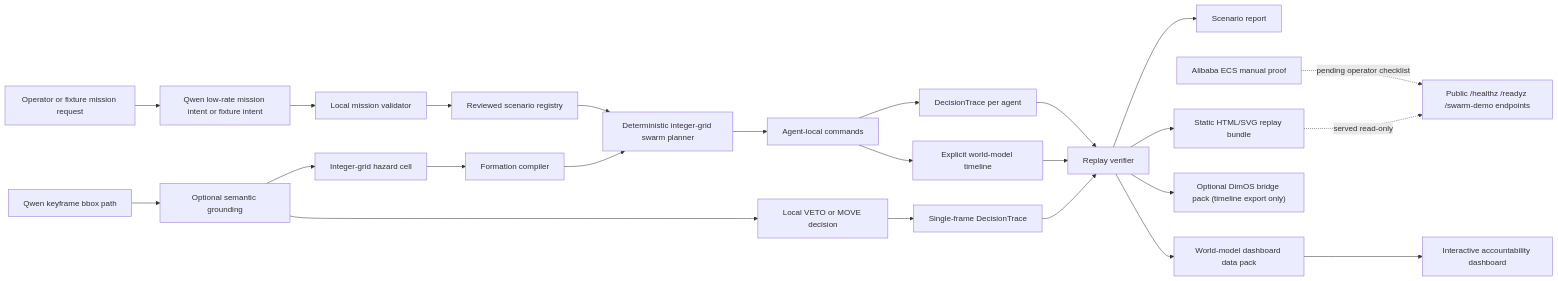
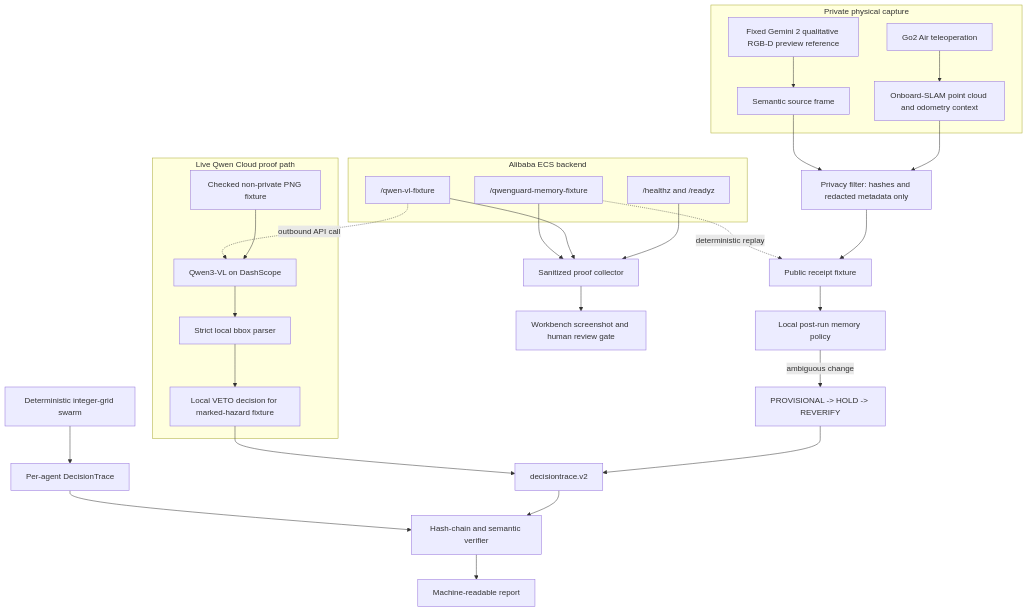
Before and after one commit to omarespejel/accountable-swarm: the diagram in docs/submission/architecture.md, drawn with Mermaid. The commit also changed other lines of this file and 3 other files, not shown here.

Commit message:
Refresh QwenGuard submission path

````diff
--- a/docs/submission/architecture.md
+++ b/docs/submission/architecture.md
@@ -17,29 +18,40 @@
 ```mermaid
-flowchart LR
-    A["Operator or fixture mission request"] --> B["Qwen low-rate mission intent or fixture intent"]
-    B --> C["Local mission validator"]
-    C --> D["Reviewed scenario registry"]
-    D --> E["Deterministic integer-grid swarm planner"]
-    E --> F["Agent-local commands"]
-    F --> G["DecisionTrace per agent"]
-    F --> W["Explicit world-model timeline"]
-    G --> H["Replay verifier"]
-    W --> H
-    H --> I["Scenario report"]
-    H --> J["Static HTML/SVG replay bundle"]
-    H --> X["World-model dashboard data pack"]
-    X --> Y["Interactive accountability dashboard"]
-    H --> S["Optional DimOS bridge pack (timeline export only)"]
+flowchart TB
+    subgraph Capture["Private physical capture"]
+        A["Go2 Air teleoperation"] --> B["Onboard-SLAM point cloud and odometry context"]
+        C["Fixed Gemini 2 qualitative RGB-D preview reference"] --> D["Semantic source frame"]
+    end
 
-    K["Qwen keyframe bbox path"] --> L["Optional semantic grounding"]
-    L --> M["Local VETO or MOVE decision"]
-    M --> N["Single-frame DecisionTrace"]
-    N --> H
+    B --> E["Privacy filter: hashes and redacted metadata only"]
+    D --> E
+    E --> F["Public receipt fixture"]
+    F --> G["Local post-run memory policy"]
+    G -->|"ambiguous change"| H["PROVISIONAL -> HOLD -> REVERIFY"]
 
-    L --> Q["Integer-grid hazard cell"]
-    Q --> R["Formation compiler"]
-    R --> E
+    subgraph LiveQwen["Live Qwen Cloud proof path"]
+        I["Checked non-private PNG fixture"] --> J["Qwen3-VL on DashScope"]
+        J --> K["Strict local bbox parser"]
+        K --> L["Local VETO decision for marked-hazard fixture"]
+    end
 
-    O["Alibaba ECS manual proof"] -. "pending operator checklist" .-> P["Public /healthz /readyz /swarm-demo endpoints"]
-    J -. "served read-only" .-> P
+    H --> M["decisiontrace.v2"]
+    L --> M
+    M --> N["Hash-chain and semantic verifier"]
+    N --> O["Machine-readable report"]
+
+    subgraph ECS["Alibaba ECS backend"]
+        P["/healthz and /readyz"]
+        Q["/qwen-vl-fixture"]
+        R["/qwenguard-memory-fixture"]
+    end
+
+    Q -. "outbound API call" .-> J
+    R -. "deterministic replay" .-> F
+    P --> S["Sanitized proof collector"]
+    Q --> S
+    R --> S
+    S --> T["Workbench screenshot and human review gate"]
+
+    U["Deterministic integer-grid swarm"] --> V["Per-agent DecisionTrace"]
+    V --> N
 ```
````
